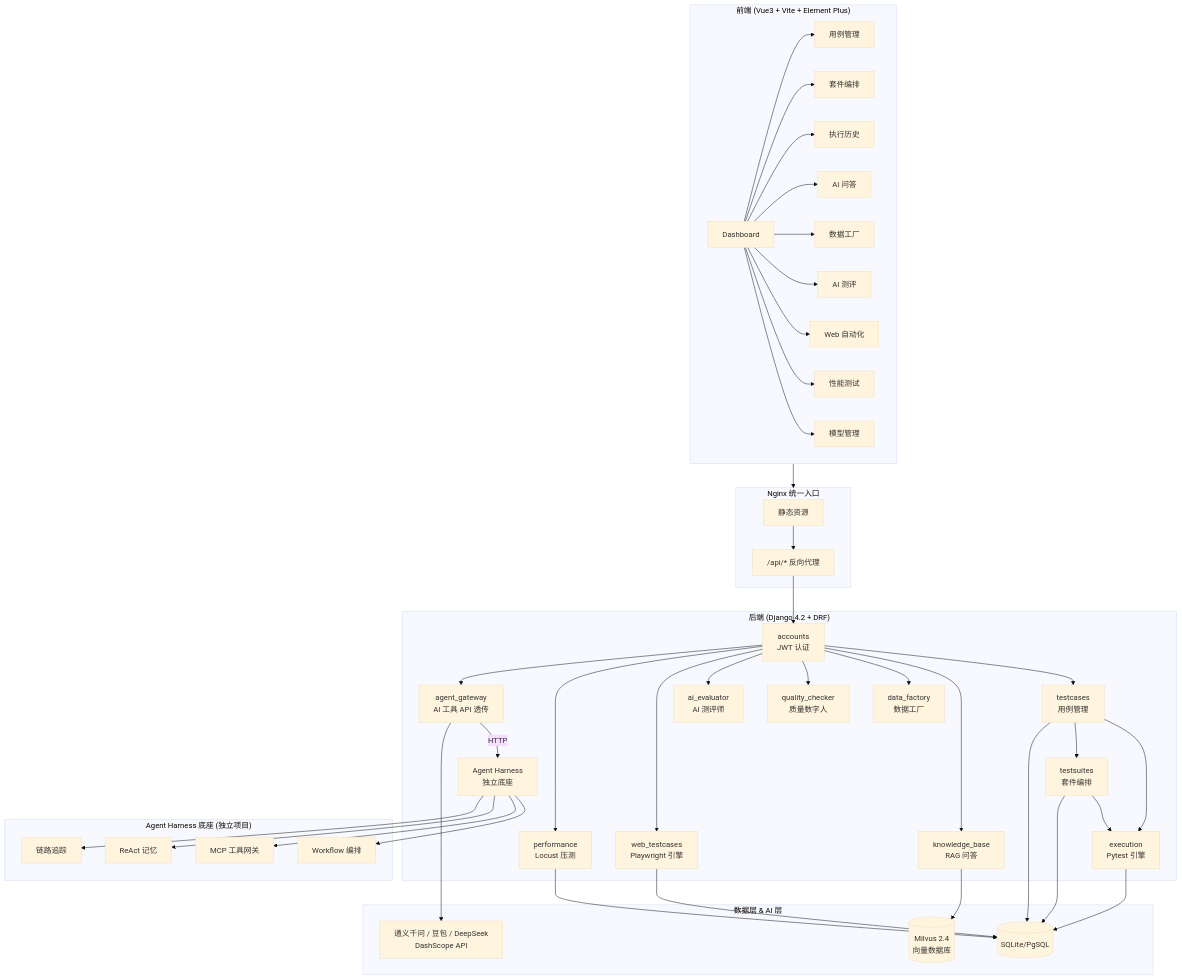
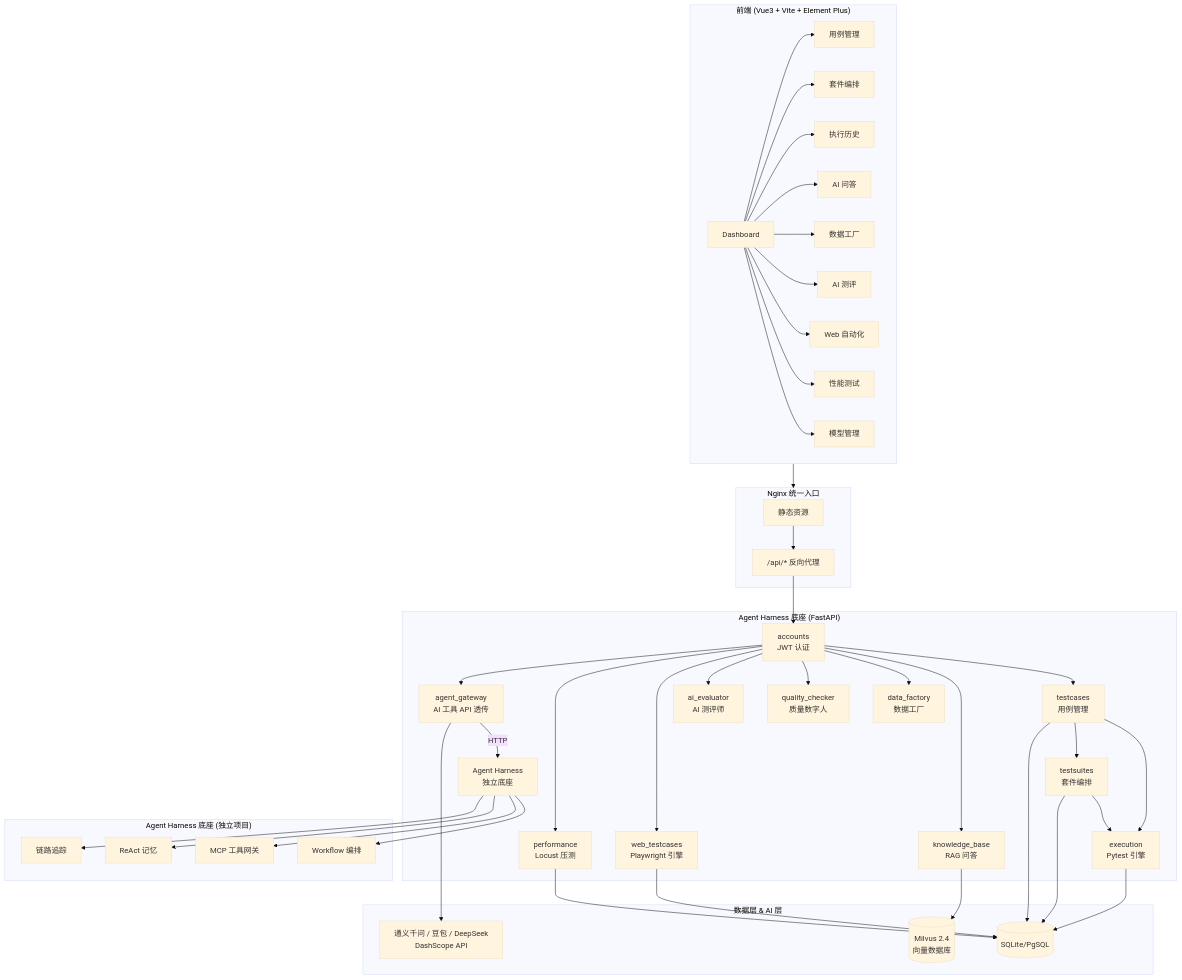
The diagram in README.md (jigenhuang0-a11y/AutoTestHub), drawn with Mermaid (base theme) before and after one commit. The commit also changed other lines of this file and 33 other files, not shown here.

````diff
--- a/README.md
+++ b/README.md
@@ -85,66 +84,66 @@
 ```mermaid
 graph TB
     subgraph 前端["前端 (Vue3 + Vite + Element Plus)"]
         A[Dashboard] --> B[用例管理]
         A --> C[套件编排]
         A --> D[执行历史]
         A --> E[AI 问答]
         A --> F[数据工厂]
         A --> G[AI 测评]
         A --> H[Web 自动化]
         A --> I[性能测试]
         A --> J[模型管理]
     end
 
     subgraph 网关["Nginx 统一入口"]
         K[静态资源] --> L["/api/* 反向代理"]
     end
 
-    subgraph 后端["后端 (Django 4.2 + DRF)"]
+    subgraph 后端["Agent Harness 底座 (FastAPI)"]
         M[accounts<br/>JWT 认证]
         N[testcases<br/>用例管理]
         O[execution<br/>Pytest 引擎]
         P[testsuites<br/>套件编排]
         Q[knowledge_base<br/>RAG 问答]
         R[data_factory<br/>数据工厂]
         S[quality_checker<br/>质量数字人]
         T[ai_evaluator<br/>AI 测评师]
         U[web_testcases<br/>Playwright 引擎]
         V[performance<br/>Locust 压测]
         W[agent_gateway<br/>AI 工具 API 透传] --HTTP--> AA[Agent Harness<br/>独立底座]
     end
 
     subgraph 外部底座["Agent Harness 底座 (独立项目)"]
         AA --> AB[Workflow 编排]
         AA --> AC[MCP 工具网关]
         AA --> AD[ReAct 记忆]
         AA --> AE[链路追踪]
     end
 
     subgraph 数据层["数据层 & AI 层"]
         X[(SQLite/PgSQL)]
         Y[(Milvus 2.4<br/>向量数据库)]
         Z[通义千问 / 豆包 / DeepSeek<br/>DashScope API]
     end
 
     前端 --> 网关
     L --> M
     M --> N
     N --> O
     N --> P
     P --> O
     M --> Q
     M --> R
     M --> S
     M --> T
     M --> U
     M --> V
     M --> W
     W --> Z
     Q --> Y
     O --> X
     N --> X
     P --> X
     U --> X
     V --> X
 ```
````
